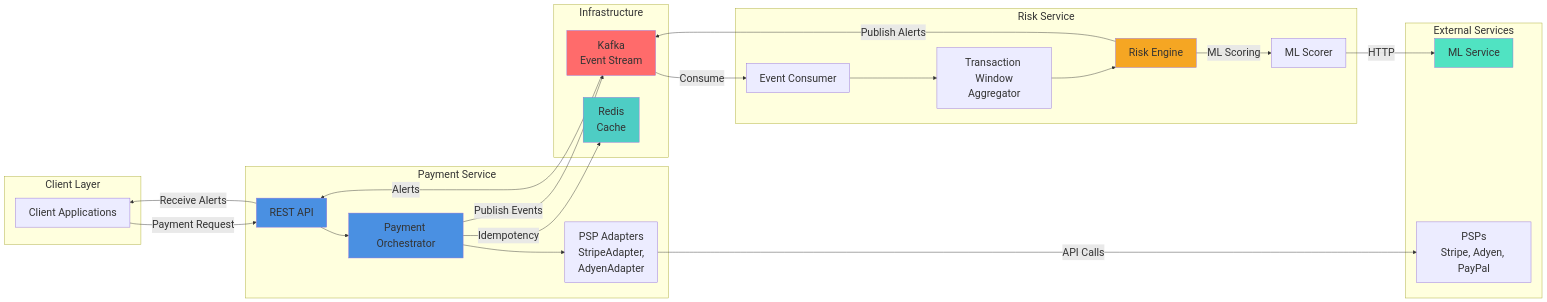
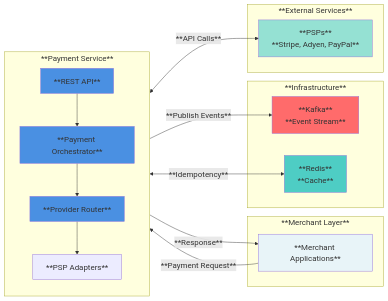
The first of 2 diagrams in README.md (mehal1/payment-integration-framework), drawn with Mermaid before and after one commit. The commit also changed other lines of this file and 6 other files, not shown here.

Commit message:
feat: add webhook service for real-time risk alert delivery

````diff
--- a/README.md
+++ b/README.md
@@ -174,61 +107,49 @@
 ```mermaid
 ---
 config:
   themeVariables:
-    fontSize: 24px
+    fontSize: 18px
     fontFamily: ''
     primaryTextColor: '#000000'
     lineColor: '#333333'
   layout: dagre
 ---
 graph LR
-    subgraph CL["Client Layer"]
-        Client[Client Applications]
+    subgraph ML["**Merchant Layer**"]
+        MerchantApps[**Merchant Applications**]
     end
 
-    subgraph PS["Payment Service"]
-        API[REST API]
-        Orchestrator[Payment Orchestrator]
-        Adapters[PSP Adapters<br/>StripeAdapter,<br/>AdyenAdapter]
+    subgraph PS["**Payment Service**"]
+        direction TB
+        API[**REST API**]
+        Orchestrator[**Payment Orchestrator**]
+        Router[**Provider Router**]
+        Adapters[**PSP Adapters**]
+        API --> Orchestrator
+        Orchestrator --> Router
+        Router --> Adapters
     end
 
-    subgraph RS["Risk Service"]
-        Consumer[Event Consumer]
-        Aggregator[Transaction Window<br/>Aggregator]
-        RiskEngine[Risk Engine]
-        MLScorer[ML Scorer]
+    subgraph DL["**Infrastructure**"]
+        Kafka[**Kafka**<br/>**Event Stream**]
+        Redis[**Redis**<br/>**Cache**]
     end
 
-    subgraph DL["Infrastructure"]
-        Kafka[Kafka<br/>Event Stream]
-        Redis[Redis<br/>Cache]
+    subgraph ES["**External Services**"]
+        PSPs[**PSPs**<br/>**Stripe, Adyen, PayPal**]
     end
 
-    subgraph ES["External Services"]
-        MLService[ML Service]
-        PSPs[PSPs<br/>Stripe, Adyen, PayPal]
-    end
-
-    Client -->|Payment Request| API
-    API --> Orchestrator
-    Orchestrator -->|Idempotency| Redis
-    Orchestrator --> Adapters
-    Adapters -->|API Calls| PSPs
-    Orchestrator -->|Publish Events| Kafka
-    
-    Kafka -->|Consume| Consumer
-    Consumer --> Aggregator
-    Aggregator --> RiskEngine
-    RiskEngine -->|ML Scoring| MLScorer
-    MLScorer -->|HTTP| MLService
-    RiskEngine -->|Publish Alerts| Kafka
-    Kafka -->|Alerts| API
-    API -->|Receive Alerts| Client
+    MerchantApps -->|**Payment Request**| API
+    Orchestrator <-->|**Idempotency**| Redis
+    Adapters <-->|**API Calls**| PSPs
+    Orchestrator -->|**Publish Events**| Kafka
+    API -->|**Response**| MerchantApps
 
     style API fill:#4A90E2
     style Orchestrator fill:#4A90E2
-    style RiskEngine fill:#F5A623
+    style Router fill:#4A90E2
     style Kafka fill:#FF6B6B
     style Redis fill:#4ECDC4
-    style MLService fill:#50E3C2
+    style PSPs fill:#95E1D3
+    style MerchantApps fill:#E8F4F8
 ```
````
